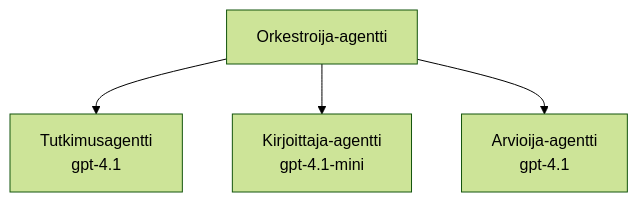
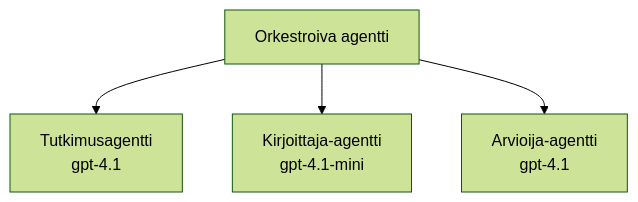
The third of 3 diagrams in translations/fi/docs/chapter-02-ai-development/agents.md (microsoft/AZD-for-beginners), drawn with Mermaid (forest theme) before and after one commit. The commit also changed other lines of this file and 101 other files, not shown here.

````diff
--- a/translations/fi/docs/chapter-02-ai-development/agents.md
+++ b/translations/fi/docs/chapter-02-ai-development/agents.md
@@ -189,6 +194,6 @@
 ```mermaid
 graph TD
-    Orchestrator[Orkestroija-agentti] --> Research[Tutkimusagentti<br/>gpt-4.1]
+    Orchestrator[Orkestroiva agentti] --> Research[Tutkimusagentti<br/>gpt-4.1]
     Orchestrator --> Writer[Kirjoittaja-agentti<br/>gpt-4.1-mini]
     Orchestrator --> Reviewer[Arvioija-agentti<br/>gpt-4.1]
 ```
````
